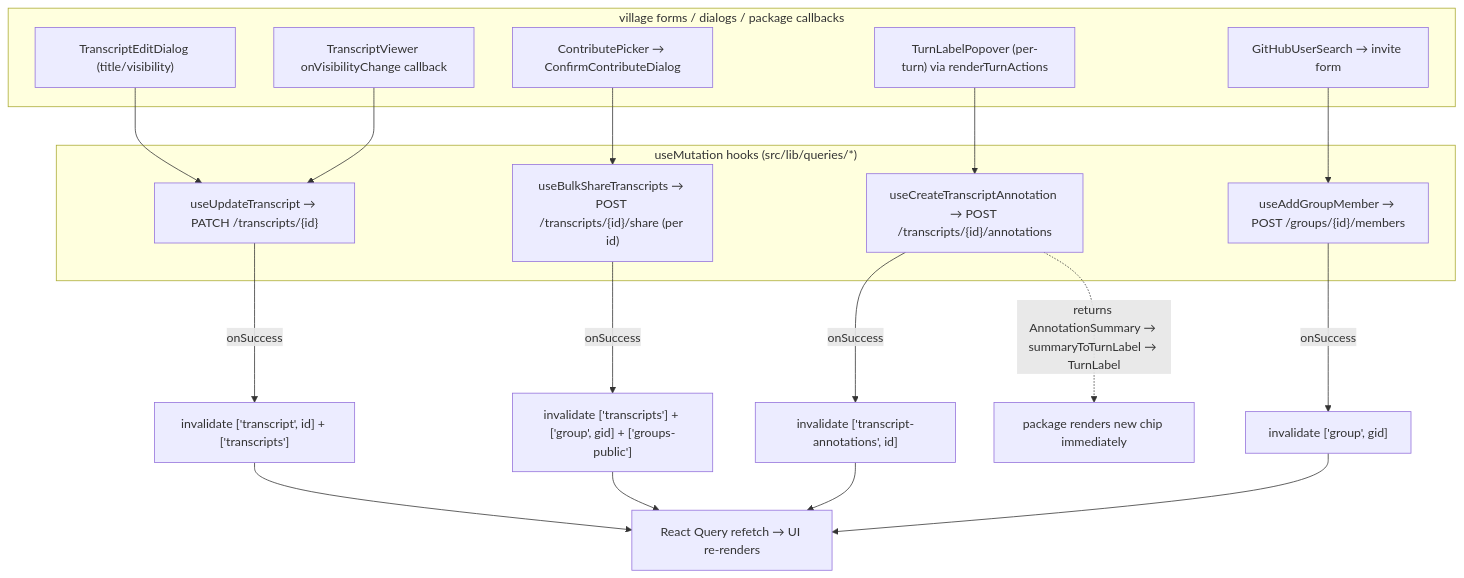
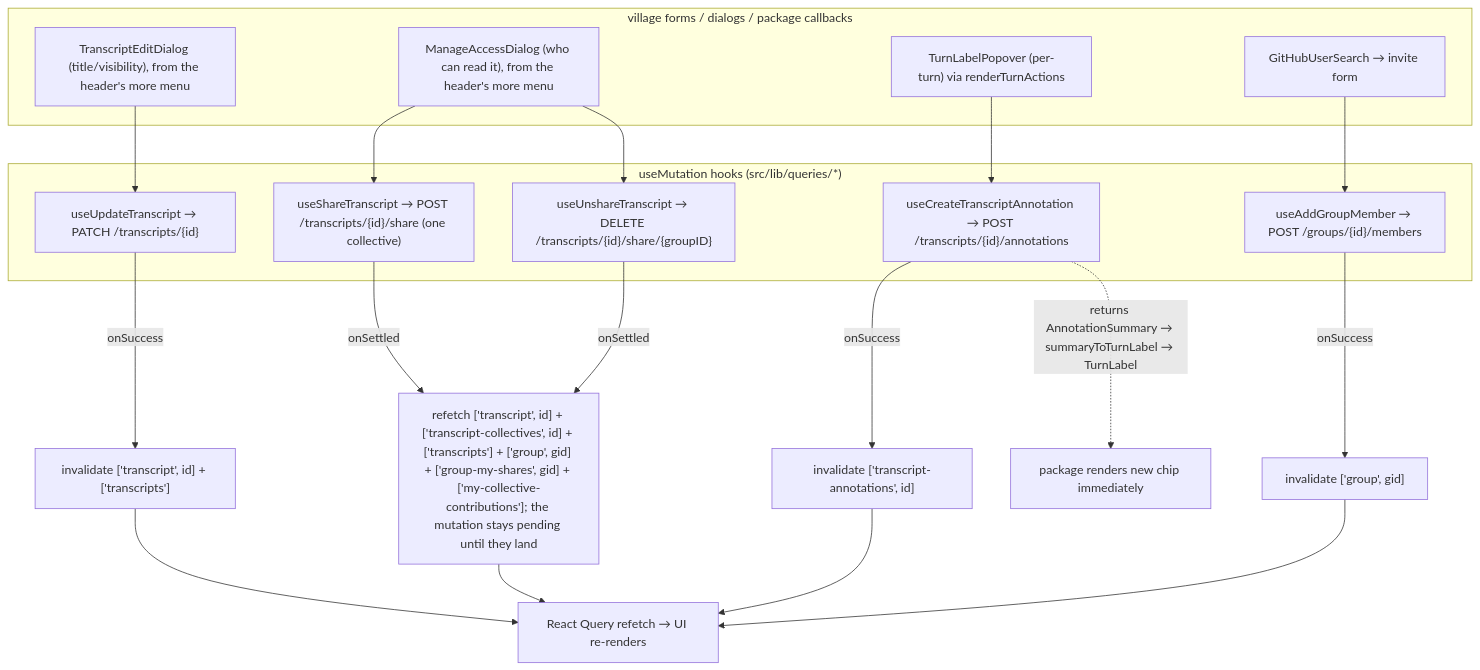
The second of 3 diagrams in frontend/docs/data-binding.md (peasant-labs/village), drawn with Mermaid before and after one commit. The commit also changed other lines of this file and 33 other files, not shown here.

First line of the commit message:
feat(transcript): link, copy, more menu and pull request list in the header (#271)

````diff
--- a/frontend/docs/data-binding.md
+++ b/frontend/docs/data-binding.md
@@ -113,31 +113,32 @@
 ```mermaid
 flowchart TD
   subgraph forms["village forms / dialogs / package callbacks"]
-    edit["TranscriptEditDialog (title/visibility)"]
-    vis["TranscriptViewer onVisibilityChange callback"]
-    contrib["ContributePicker → ConfirmContributeDialog"]
+    edit["TranscriptEditDialog (title/visibility), from the header's more menu"]
+    access["ManageAccessDialog (who can read it), from the header's more menu"]
     label["TurnLabelPopover (per-turn) via renderTurnActions"]
     invite["GitHubUserSearch → invite form"]
   end
 
   subgraph muts["useMutation hooks (src/lib/queries/*)"]
     up["useUpdateTranscript → PATCH /transcripts/{id}"]
-    bulk["useBulkShareTranscripts → POST /transcripts/{id}/share (per id)"]
+    share["useShareTranscript → POST /transcripts/{id}/share (one collective)"]
+    unshare["useUnshareTranscript → DELETE /transcripts/{id}/share/{groupID}"]
     ann["useCreateTranscriptAnnotation → POST /transcripts/{id}/annotations"]
     add["useAddGroupMember → POST /groups/{id}/members"]
   end
 
   edit --> up
-  vis --> up
-  contrib --> bulk
+  access --> share
+  access --> unshare
   label --> ann
   invite --> add
 
   up -- onSuccess --> inv1["invalidate ['transcript', id] + ['transcripts']"]
-  bulk -- onSuccess --> inv2["invalidate ['transcripts'] + ['group', gid] + ['groups-public']"]
+  share -- onSettled --> inv2["refetch ['transcript', id] + ['transcript-collectives', id] + ['transcripts'] + ['group', gid] + ['group-my-shares', gid] + ['my-collective-contributions']; the mutation stays pending until they land"]
+  unshare -- onSettled --> inv2
   ann -- onSuccess --> inv3["invalidate ['transcript-annotations', id]"]
   ann -. "returns AnnotationSummary → summaryToTurnLabel → TurnLabel" .-> chip["package renders new chip immediately"]
   add -- onSuccess --> inv4["invalidate ['group', gid]"]
 
   inv1 & inv2 & inv3 & inv4 --> refetch["React Query refetch → UI re-renders"]
 ```
````
